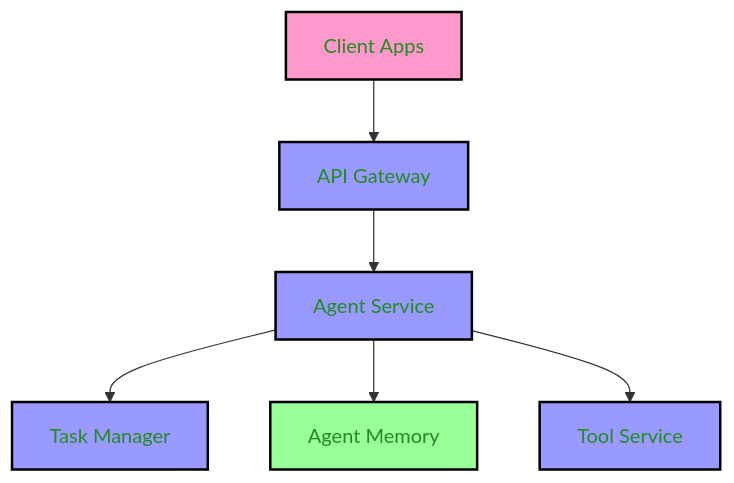
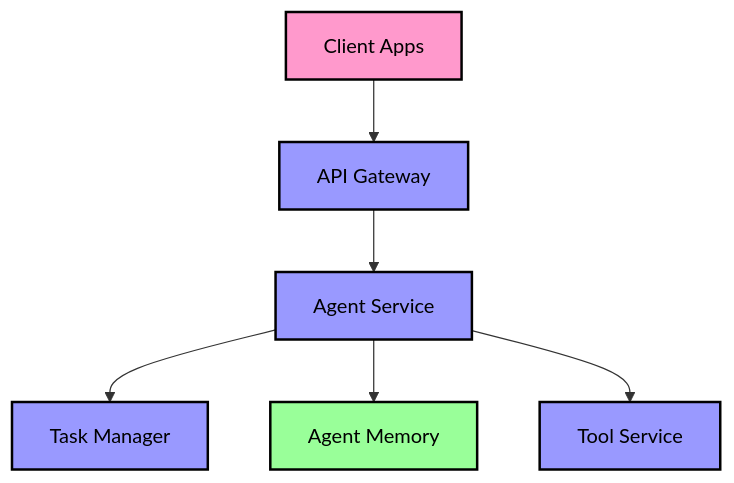
One commit to dshorter/agent_toolkit changed the diagram in README.md. Above: the diagram before and after it, drawn with Mermaid.

````diff
--- a/README.md
+++ b/README.md
@@ -33,21 +33,21 @@
 ```mermaid
 graph TD
    CA[Client Apps] --> API[API Gateway]
    API --> AS[Agent Service]
    AS --> TM[Task Manager]
    AS --> AM[Agent Memory]
    AS --> TS[Tool Service]
 
    %% Style classes 
    classDef default fill:#2B3D53,stroke:#000000,stroke-width:2px,color:#FFFFFF;
    classDef client fill:#ff99cc,stroke:#000000,stroke-width:2px,color:#000000;
    classDef service fill:#9999ff,stroke:#000000,stroke-width:2px,color:#000000;
    classDef storage fill:#99ff99,stroke:#000000,stroke-width:2px,color:#000000;
-   classDef text color:#228B22;  
+   classDef text color:#000000;  
    
   %% Apply styles
  class CA client;
  class API,AS,TM,TS service;
  class AM storage
  class CA,API,AS,TM,AM,TS text;;
 ```
````
